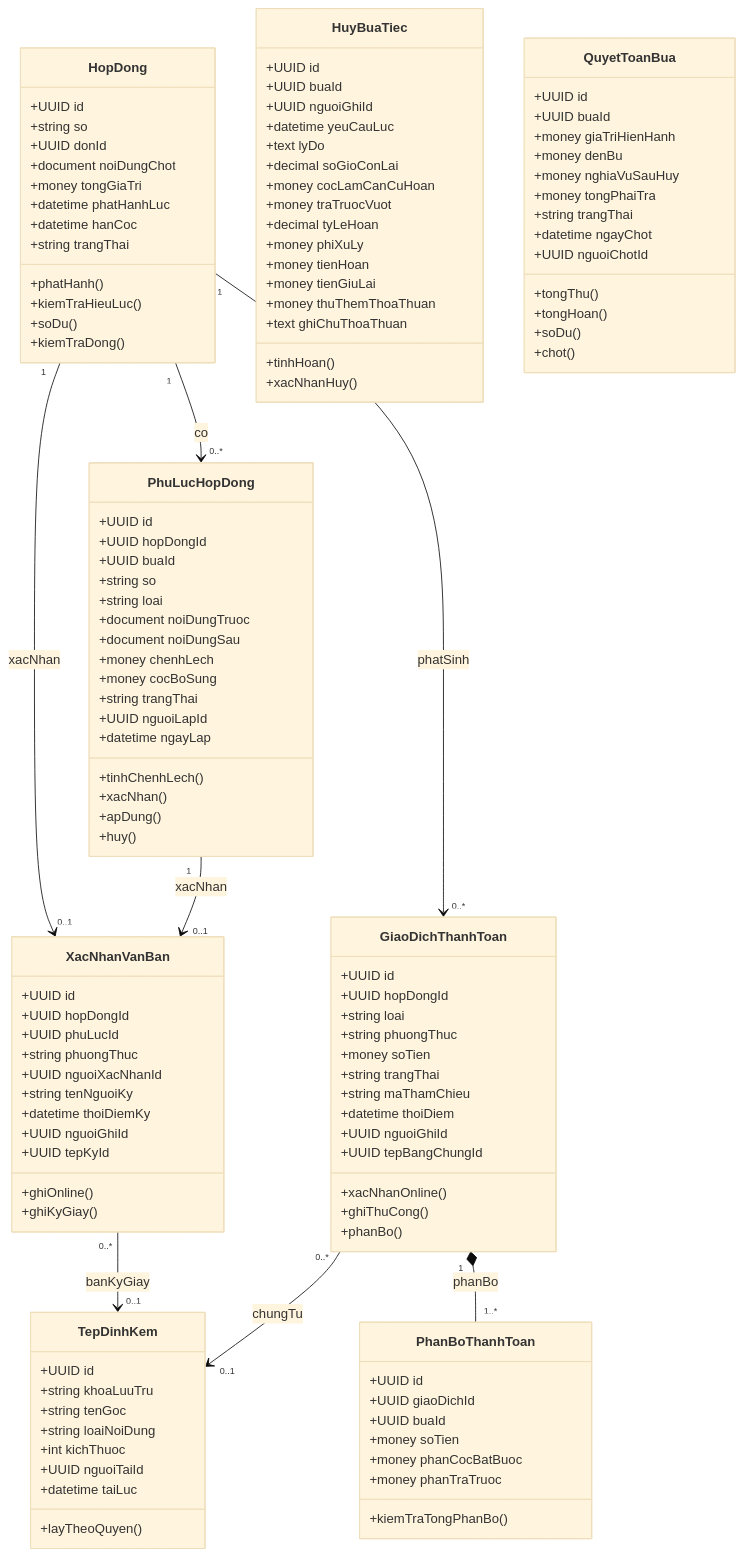
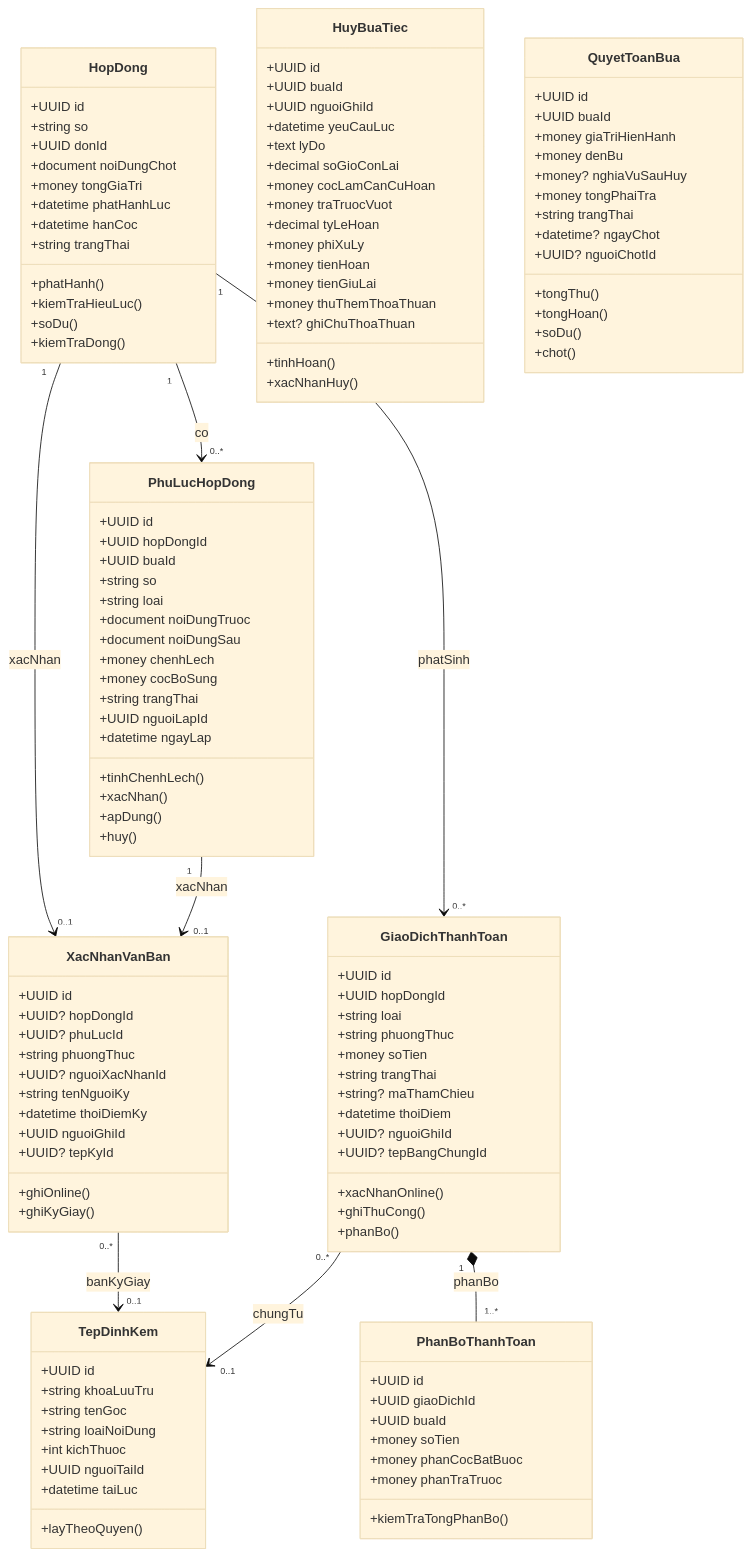
One commit to mastercookvn/mastercookvn changed the fourth of 9 diagrams in docs/src/diagrams/class.md. Above: the diagram before and after it, drawn with Mermaid (base theme). The commit also changed other lines of this file and 19 other files, not shown here.

```diff
--- a/docs/src/diagrams/class.md
+++ b/docs/src/diagrams/class.md
@@ -318,14 +391,14 @@
 
     class XacNhanVanBan {
         +UUID id
-        +UUID hopDongId
-        +UUID phuLucId
+        +UUID? hopDongId
+        +UUID? phuLucId
         +string phuongThuc
-        +UUID nguoiXacNhanId
+        +UUID? nguoiXacNhanId
         +string tenNguoiKy
         +datetime thoiDiemKy
         +UUID nguoiGhiId
-        +UUID tepKyId
+        +UUID? tepKyId
         +ghiOnline()
         +ghiKyGiay()
     }
@@ -363,7 +436,7 @@
         +money tienHoan
         +money tienGiuLai
         +money thuThemThoaThuan
-        +text ghiChuThoaThuan
+        +text? ghiChuThoaThuan
         +tinhHoan()
         +xacNhanHuy()
     }
@@ -375,10 +448,10 @@
         +string phuongThuc
         +money soTien
         +string trangThai
-        +string maThamChieu
+        +string? maThamChieu
         +datetime thoiDiem
-        +UUID nguoiGhiId
-        +UUID tepBangChungId
+        +UUID? nguoiGhiId
+        +UUID? tepBangChungId
         +xacNhanOnline()
         +ghiThuCong()
         +phanBo()
@@ -399,11 +472,11 @@
         +UUID buaId
         +money giaTriHienHanh
         +money denBu
-        +money nghiaVuSauHuy
+        +money? nghiaVuSauHuy
         +money tongPhaiTra
         +string trangThai
-        +datetime ngayChot
-        +UUID nguoiChotId
+        +datetime? ngayChot
+        +UUID? nguoiChotId
         +tongThu()
         +tongHoan()
         +soDu()
```
